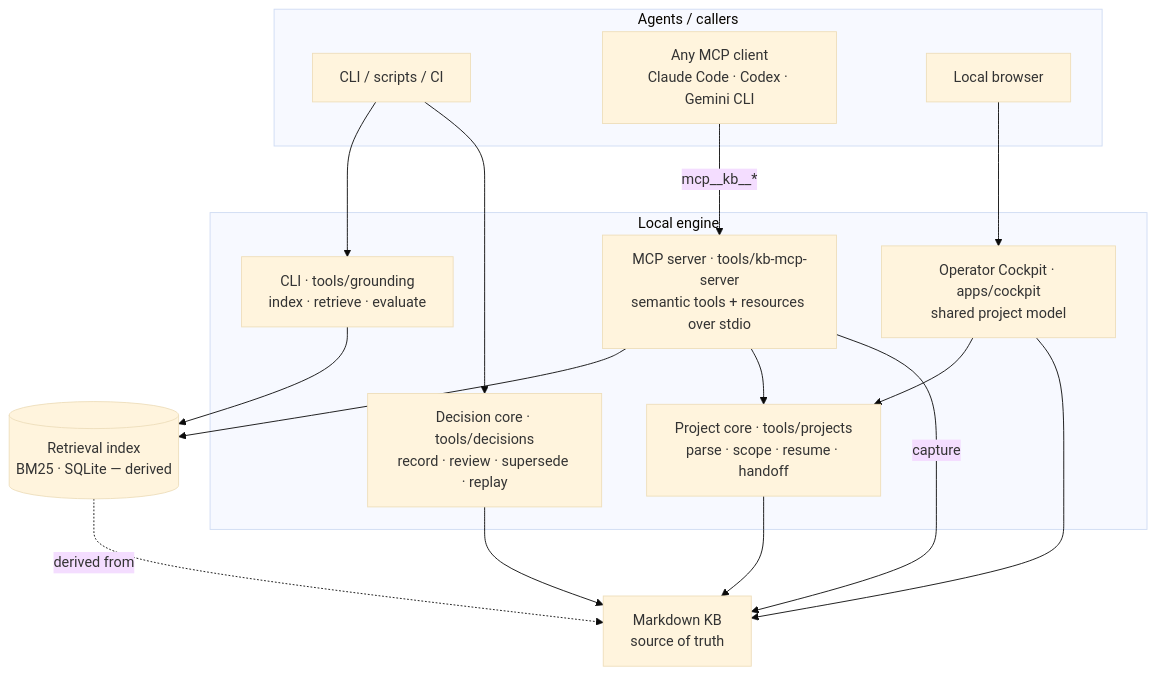
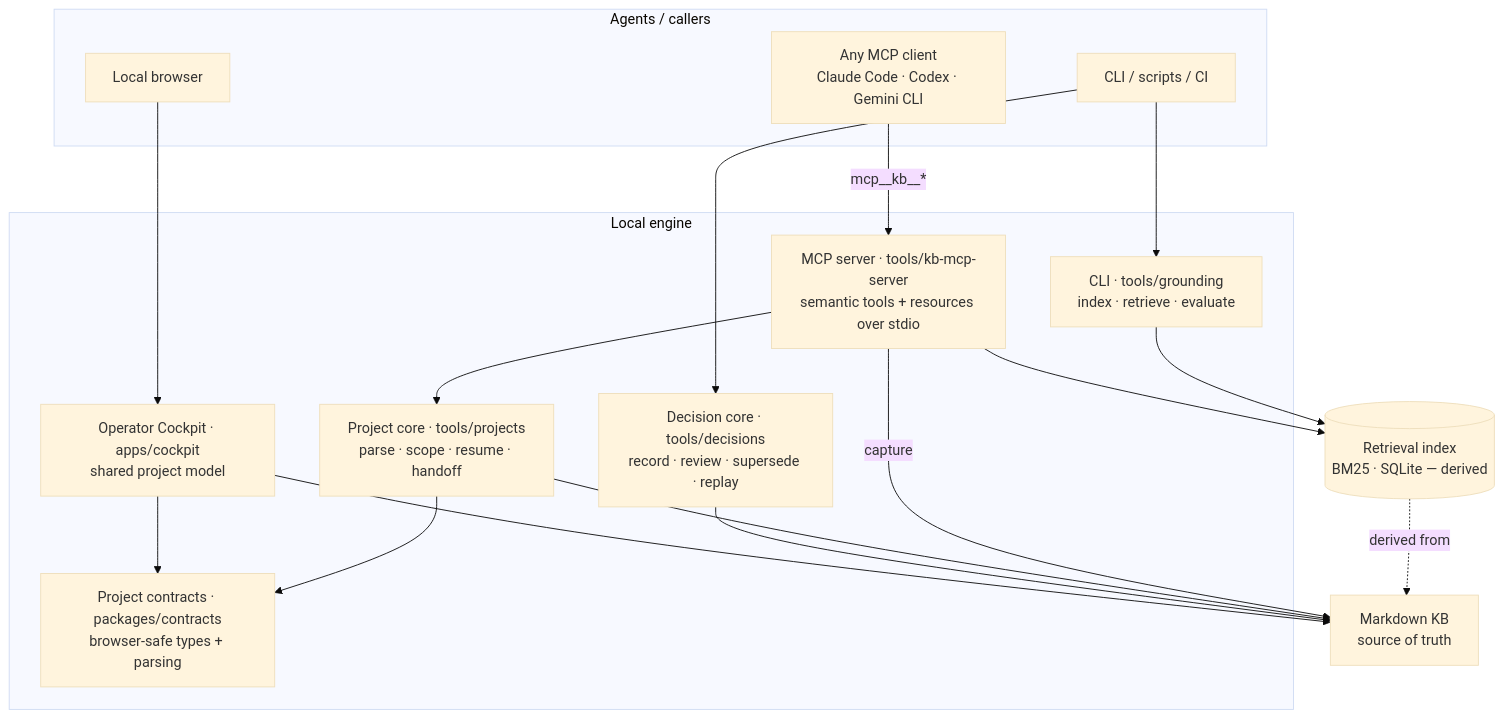
The second of 2 diagrams in docs/architecture.md (dimosgit/grounded-knowledge-engine), drawn with Mermaid (base theme) before and after one commit. The commit also changed other lines of this file and 23 other files, not shown here.

Commit message:
feat(architecture): separate shared contracts and update scopes

````diff
--- a/docs/architecture.md
+++ b/docs/architecture.md
@@ -42,33 +44,35 @@
 ```mermaid
 flowchart TB
     subgraph clients[Agents / callers]
       CLI_USER[CLI / scripts / CI]
       AGENT[Any MCP client<br/>Claude Code · Codex · Gemini CLI]
       USER[Local browser]
     end
 
     subgraph engine[Local engine]
       CLI[CLI · tools/grounding<br/>index · retrieve · evaluate]
+      CONTRACTS[Project contracts · packages/contracts<br/>browser-safe types + parsing]
       PROJECTS[Project core · tools/projects<br/>parse · scope · resume · handoff]
       DECISIONS[Decision core · tools/decisions<br/>record · review · supersede · replay]
       MCP[MCP server · tools/kb-mcp-server<br/>semantic tools + resources over stdio]
       COCKPIT[Operator Cockpit · apps/cockpit<br/>shared project model]
     end
 
     IDX[(Retrieval index<br/>BM25 · SQLite — derived)]
     KB[Markdown KB<br/>source of truth]
 
     CLI_USER --> CLI
     CLI_USER --> DECISIONS
     AGENT -->|mcp__kb__*| MCP
     USER --> COCKPIT
     CLI --> IDX
     MCP --> IDX
     MCP --> PROJECTS
-    COCKPIT --> PROJECTS
+    PROJECTS --> CONTRACTS
+    COCKPIT --> CONTRACTS
     IDX -.derived from.-> KB
     MCP -->|capture| KB
     PROJECTS --> KB
     DECISIONS --> KB
     COCKPIT --> KB
 ```
````
